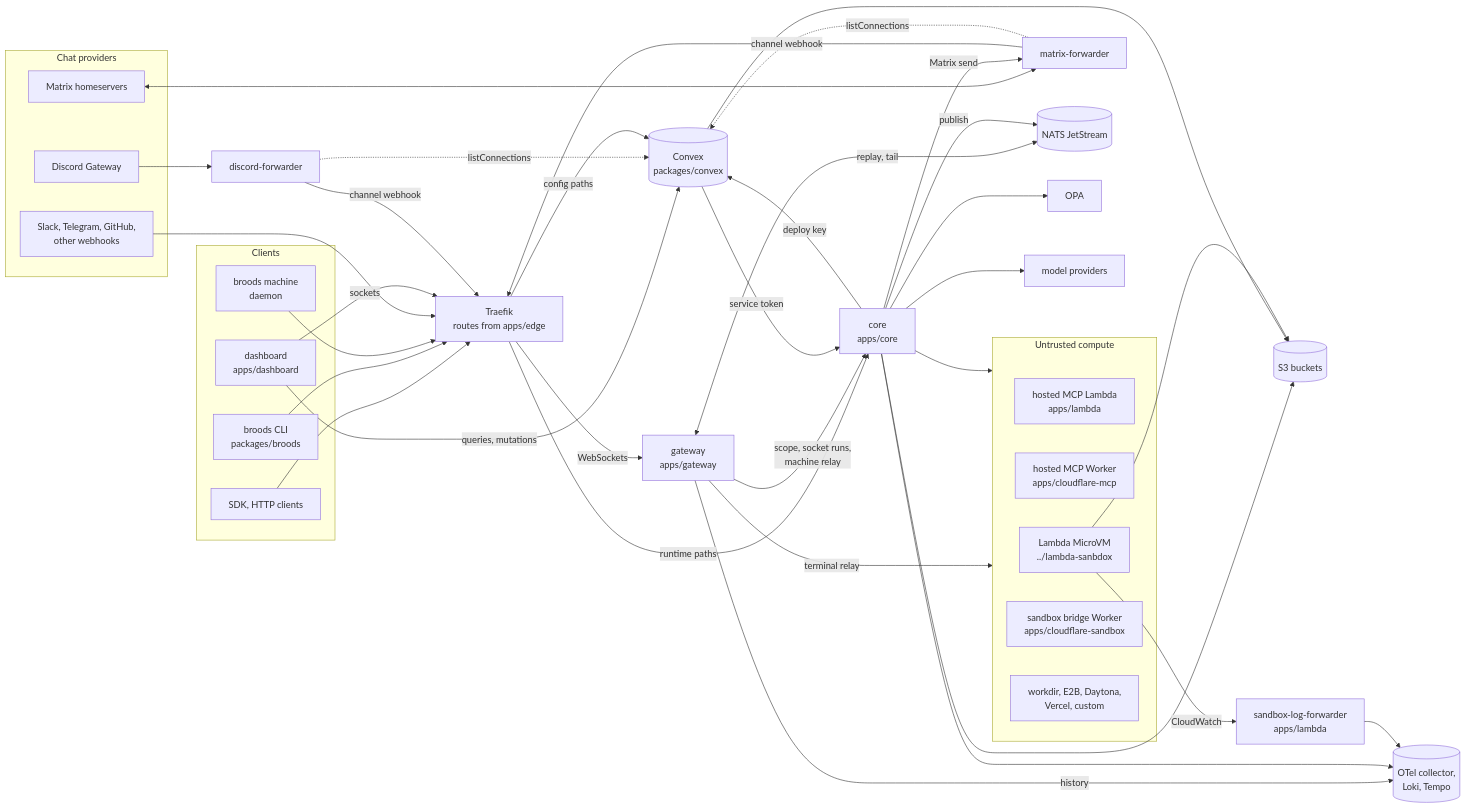
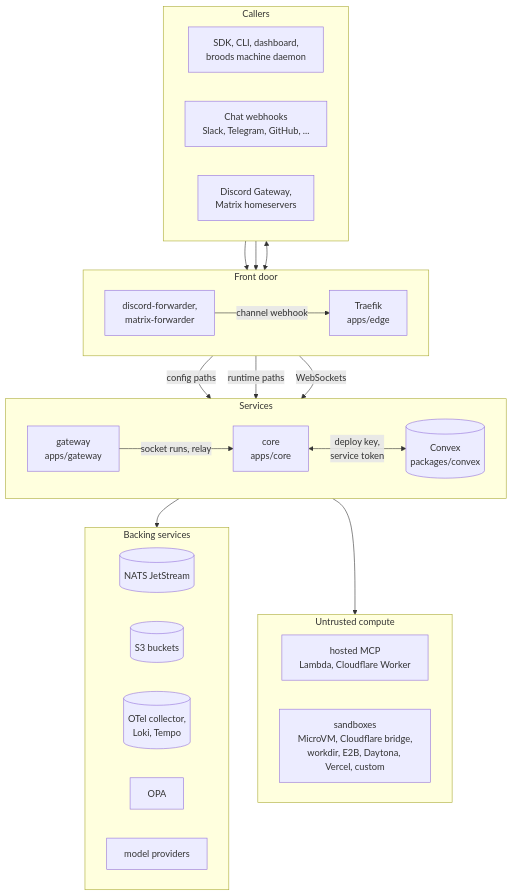
Before and after one commit to beeblastco/broods: the first of 2 diagrams in apps/docs/docs/internals/index.md, drawn with Mermaid. The commit also changed other lines of this file and 13 other files, not shown here.

First line of the commit message:
docs(internals): diagram-first rewrite of the remaining internals pages

````diff
--- a/apps/docs/docs/internals/index.md
+++ b/apps/docs/docs/internals/index.md
@@ -16,71 +16,45 @@
 ```mermaid
-flowchart LR
-  subgraph Clients
-    SDK["SDK, HTTP clients"]
-    CLI["broods CLI<br/>packages/broods"]
-    Dash["dashboard<br/>apps/dashboard"]
-    Daemon["broods machine<br/>daemon"]
+flowchart TB
+  subgraph In["Callers"]
+    direction LR
+    Clients["SDK, CLI, dashboard,<br/>broods machine daemon"]
+    Hooks["Chat webhooks<br/>Slack, Telegram, GitHub, ..."]
+    Socks["Discord Gateway,<br/>Matrix homeservers"]
+  end
+  subgraph Door["Front door"]
+    direction LR
+    Edge["Traefik<br/>apps/edge"]
+    Fwd["discord-forwarder,<br/>matrix-forwarder"]
+  end
+  subgraph Services
+    direction LR
+    GW["gateway<br/>apps/gateway"]
+    Core["core<br/>apps/core"]
+    Convex[("Convex<br/>packages/convex")]
+  end
+  subgraph Back["Backing services"]
+    direction LR
+    NATS[("NATS JetStream")]
+    S3[("S3 buckets")]
+    Obs[("OTel collector,<br/>Loki, Tempo")]
+    OPA["OPA"]
+    Models["model providers"]
+  end
+  subgraph Compute["Untrusted compute"]
+    direction LR
+    MCP["hosted MCP<br/>Lambda, Cloudflare Worker"]
+    SB["sandboxes<br/>MicroVM, Cloudflare bridge,<br/>workdir, E2B, Daytona, Vercel, custom"]
   end
 
-  subgraph Chat["Chat providers"]
-    Hooks["Slack, Telegram, GitHub,<br/>other webhooks"]
-    Discord["Discord Gateway"]
-    Matrix["Matrix homeservers"]
-  end
-
-  Edge["Traefik<br/>routes from apps/edge"]
-  GW["gateway<br/>apps/gateway"]
-  Core["core<br/>apps/core"]
-  Convex[("Convex<br/>packages/convex")]
-  DF["discord-forwarder"]
-  MF["matrix-forwarder"]
-  NATS[("NATS JetStream")]
-  OPA["OPA"]
-  Obs[("OTel collector,<br/>Loki, Tempo")]
-  S3[("S3 buckets")]
-  Models["model providers"]
-
-  subgraph Untrusted["Untrusted compute"]
-    MCPL["hosted MCP Lambda<br/>apps/lambda"]
-    MCPW["hosted MCP Worker<br/>apps/cloudflare-mcp"]
-    VM["Lambda MicroVM<br/>../lambda-sanbdox"]
-    CFS["sandbox bridge Worker<br/>apps/cloudflare-sandbox"]
-    Ext["workdir, E2B, Daytona,<br/>Vercel, custom"]
-  end
-
-  LF["sandbox-log-forwarder<br/>apps/lambda"]
-
-  SDK --> Edge
-  CLI --> Edge
-  Daemon --> Edge
+  Clients --> Edge
   Hooks --> Edge
-  Dash -->|"queries, mutations"| Convex
-  Dash -->|"sockets"| Edge
-  Discord --> DF
-  Matrix <--> MF
-  DF -->|"channel webhook"| Edge
-  MF -->|"channel webhook"| Edge
-  DF -.->|"listConnections"| Convex
-  MF -.->|"listConnections"| Convex
-
+  Socks <--> Fwd
+  Fwd -->|"channel webhook"| Edge
   Edge -->|"config paths"| Convex
   Edge -->|"runtime paths"| Core
   Edge -->|"WebSockets"| GW
-  GW -->|"scope, socket runs,<br/>machine relay"| Core
-  GW <-->|"replay, tail"| NATS
-  GW -->|"history"| Obs
-  GW -->|"terminal relay"| Untrusted
-
-  Core -->|"deploy key"| Convex
-  Convex -->|"service token"| Core
-  Core -->|"publish"| NATS
-  Core --> OPA
-  Core --> Obs
-  Core --> Models
-  Core -->|"Matrix send"| MF
-  Core --> Untrusted
-  Core --> S3
-  Convex --> S3
-  VM --> S3
-  VM -->|"CloudWatch"| LF --> Obs
+  GW -->|"socket runs, relay"| Core
+  Core <-->|"deploy key,<br/>service token"| Convex
+  Core --> Back
+  Core --> Compute
 ```
````
